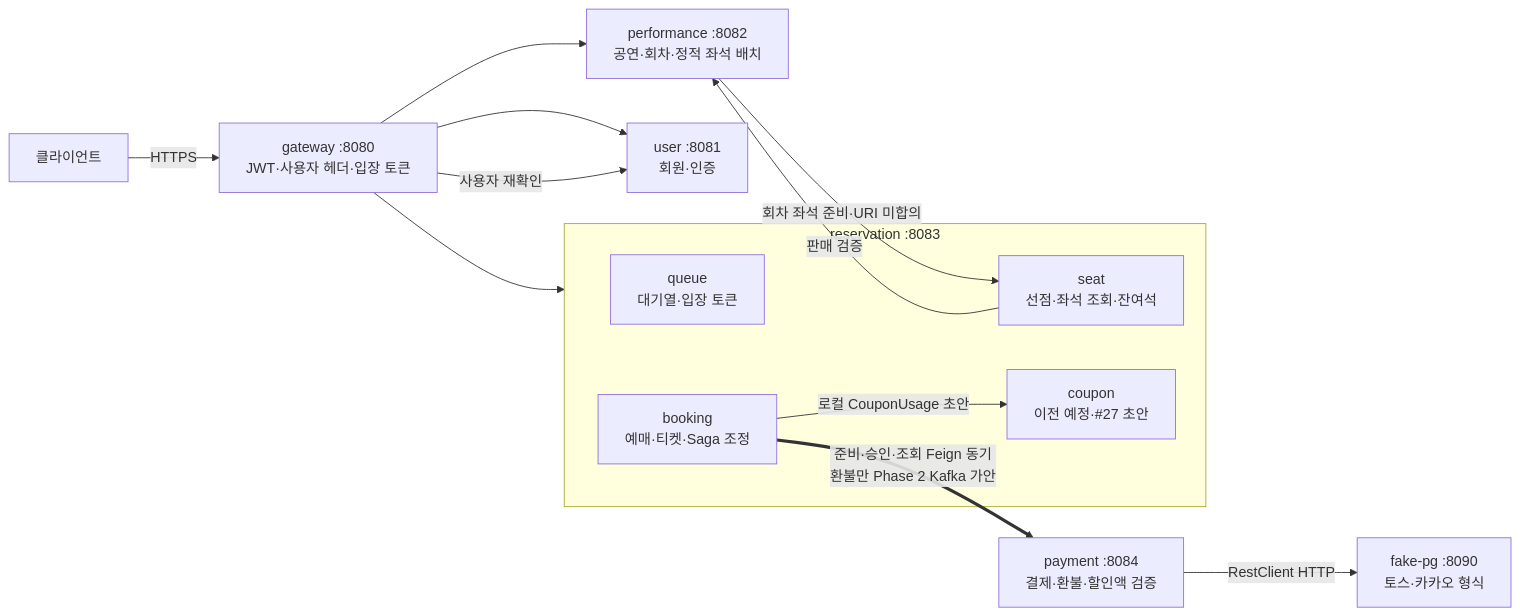
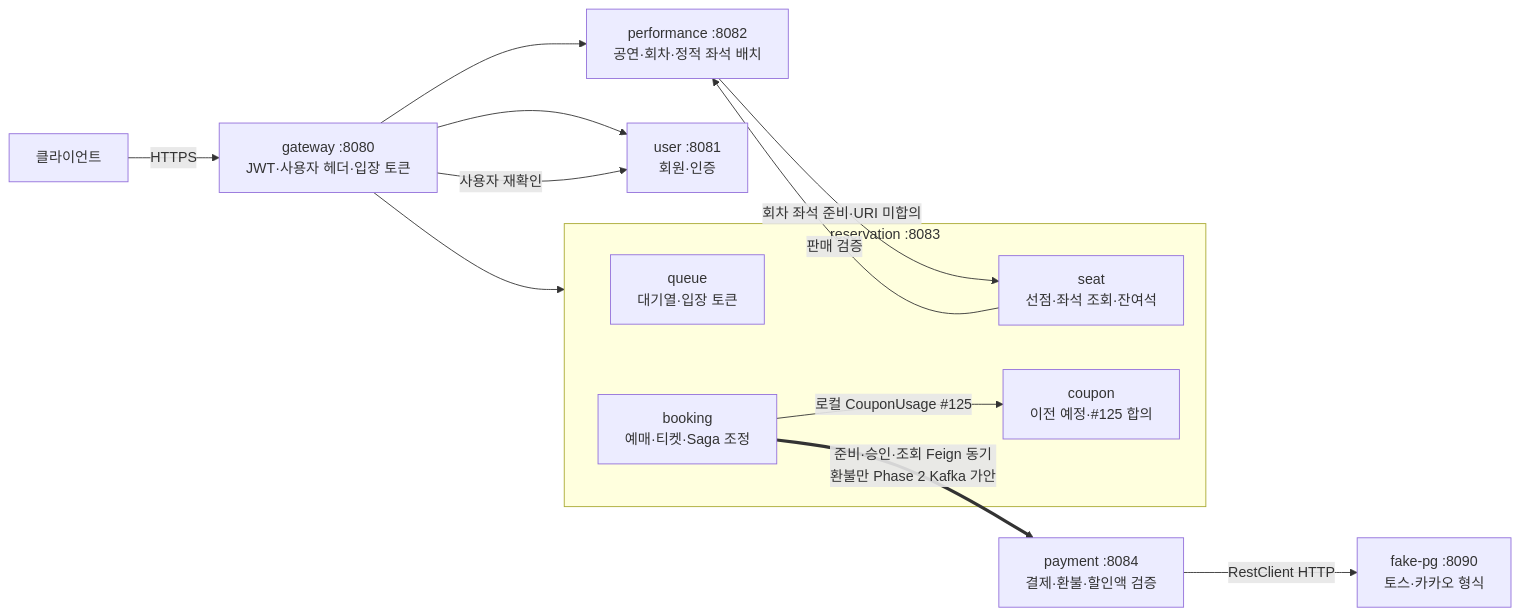
Before and after one commit to Good-Ticket-Service/ticket: the first of 3 diagrams in docs/architecture.md, drawn with Mermaid. The commit also changed other lines of this file and 2 other files, not shown here.

First line of the commit message:
docs(reservation): CouponUsage 계약을 #125 합의대로 확정한다

````diff
--- a/docs/architecture.md
+++ b/docs/architecture.md
@@ -10,19 +10,19 @@
 ```mermaid
 flowchart LR
     C[클라이언트] -->|HTTPS| GW["gateway :8080<br/>JWT·사용자 헤더·입장 토큰"]
     GW --> U["user :8081<br/>회원·인증"]
     GW --> P["performance :8082<br/>공연·회차·정적 좌석 배치"]
     GW --> R
     GW -->|사용자 재확인| U
     subgraph R["reservation :8083"]
         RQ["queue<br/>대기열·입장 토큰"]
         RS["seat<br/>선점·좌석 조회·잔여석"]
         RB["booking<br/>예매·티켓·Saga 조정"]
-        RC["coupon<br/>이전 예정·#27 초안"]
+        RC["coupon<br/>이전 예정·#125 합의"]
     end
     RB ==>|"준비·승인·조회 Feign 동기<br/>환불만 Phase 2 Kafka 가안"| PP["payment :8084<br/>결제·환불·할인액 검증"]
-    RB -->|로컬 CouponUsage 초안| RC
+    RB -->|로컬 CouponUsage #125| RC
     P -->|"회차 좌석 준비·URI 미합의"| RS
     RS -->|판매 검증| P
     PP -->|RestClient HTTP| FPG["fake-pg :8090<br/>토스·카카오 형식"]
 ```
````
